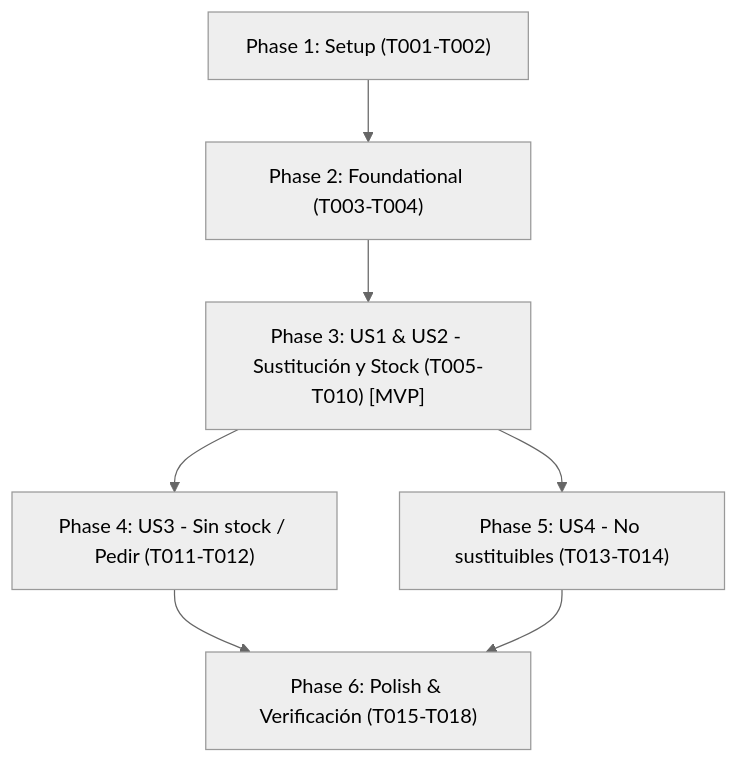
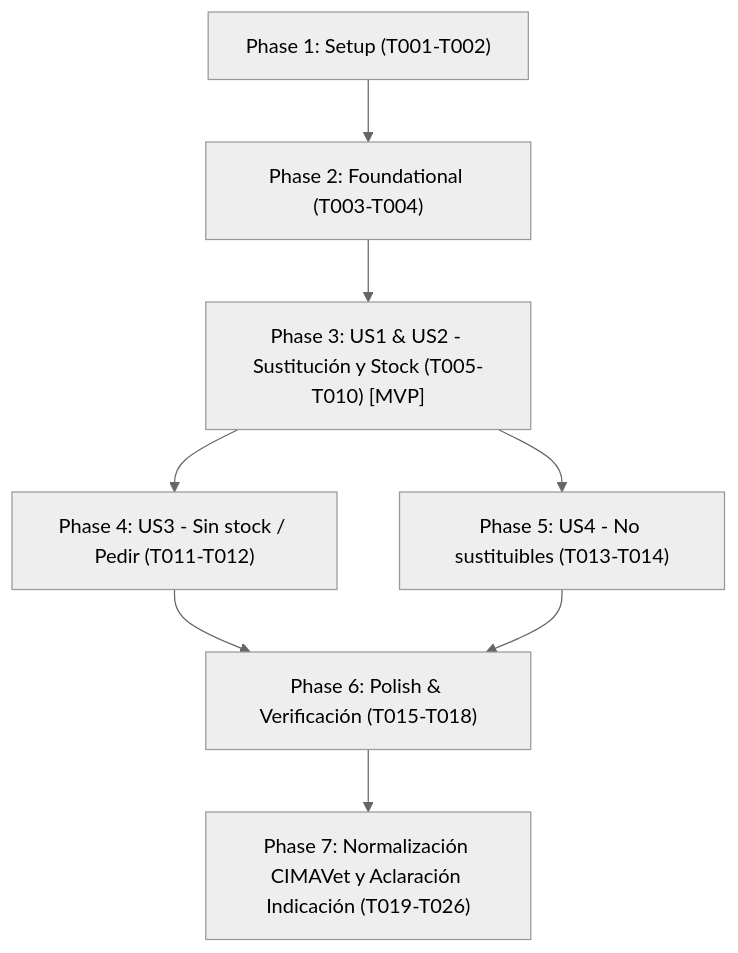
Before and after one commit to jcmendez-guerrero/presvetcheck: the diagram in specs/005-assistant-stock-substitutions/tasks.md, drawn with Mermaid (neutral theme). The commit also changed other lines of this file and 16 other files, not shown here.

````diff
--- a/specs/005-assistant-stock-substitutions/tasks.md
+++ b/specs/005-assistant-stock-substitutions/tasks.md
@@ -115,9 +140,10 @@
 ```mermaid
 flowchart TD
     Setup["Phase 1: Setup (T001-T002)"] --> Foundational["Phase 2: Foundational (T003-T004)"]
     Foundational --> US1_US2["Phase 3: US1 & US2 - Sustitución y Stock (T005-T010) [MVP]"]
     US1_US2 --> US3["Phase 4: US3 - Sin stock / Pedir (T011-T012)"]
     US1_US2 --> US4["Phase 5: US4 - No sustituibles (T013-T014)"]
     US3 --> Polish["Phase 6: Polish & Verificación (T015-T018)"]
     US4 --> Polish
+    Polish --> Phase7["Phase 7: Normalización CIMAVet y Aclaración Indicación (T019-T026)"]
 ```
````
